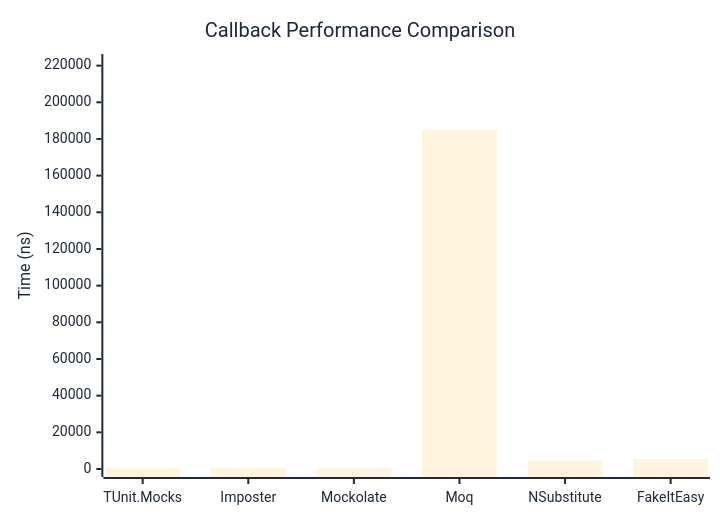
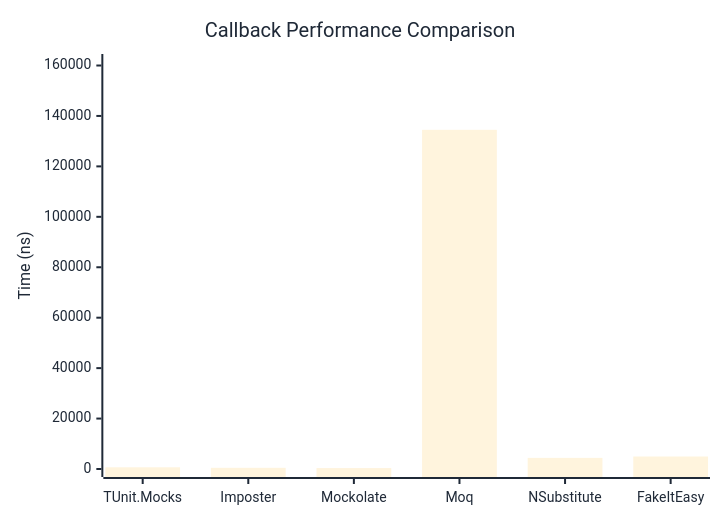
One commit to thomhurst/TUnit changed the first of 2 diagrams in docs/docs/benchmarks/mocks/Callback.md. Above: the diagram before and after it, drawn with Mermaid. The commit also changed other lines of this file and 14 other files, not shown here.

````diff
--- a/docs/docs/benchmarks/mocks/Callback.md
+++ b/docs/docs/benchmarks/mocks/Callback.md
@@ -30,27 +30,27 @@
 ```mermaid
 %%{init: {
   'theme':'base',
   'themeVariables': {
     'primaryColor': '#2563eb',
     'primaryTextColor': '#1f2937',
     'primaryBorderColor': '#1e40af',
     'lineColor': '#6b7280',
     'secondaryColor': '#7c3aed',
     'tertiaryColor': '#dc2626',
     'background': '#ffffff',
     'pie1': '#2563eb',
     'pie2': '#7c3aed',
     'pie3': '#dc2626',
     'pie4': '#f59e0b',
     'pie5': '#10b981',
     'pie6': '#06b6d4',
     'pie7': '#ec4899',
     'pie8': '#6366f1'
   }
 }}%%
 xychart-beta
   title "Callback Performance Comparison"
   x-axis ["TUnit.Mocks", "Imposter", "Mockolate", "Moq", "NSubstitute", "FakeItEasy"]
-  y-axis "Time (ns)" 0 --> 221977
-  bar [656.3, 472.6, 353.5, 184980.7, 4505.4, 5421.4]
+  y-axis "Time (ns)" 0 --> 161391
+  bar [668.1, 473.6, 366.4, 134492.3, 4415.3, 4950.9]
 ```
````
